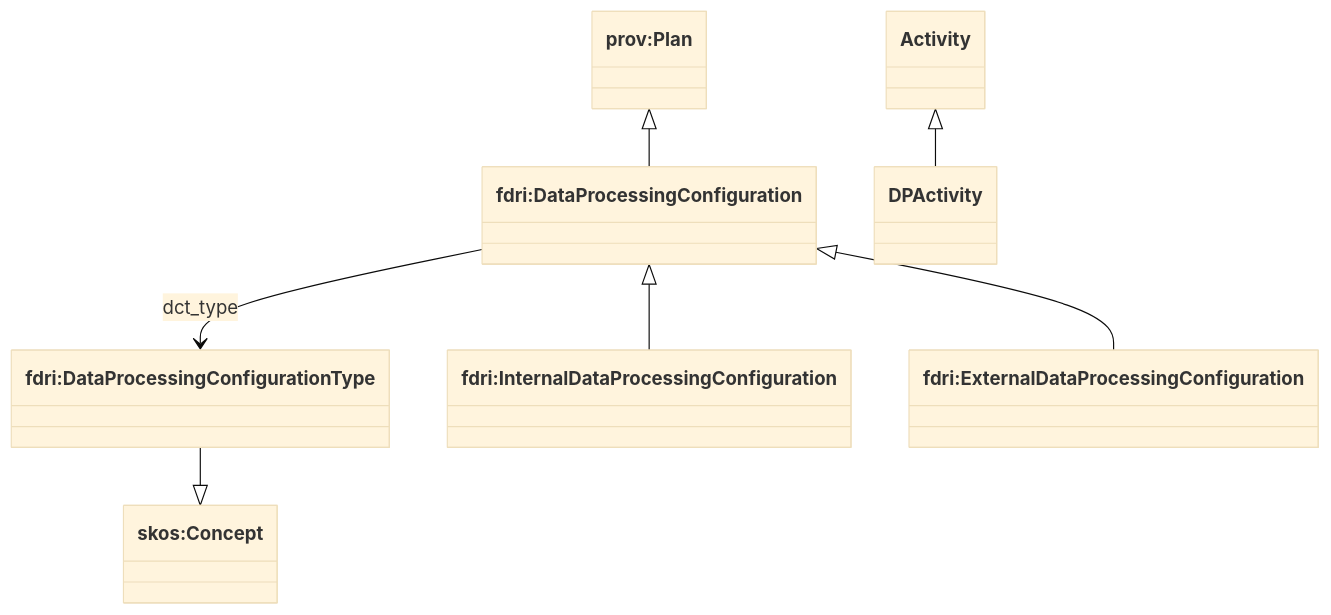
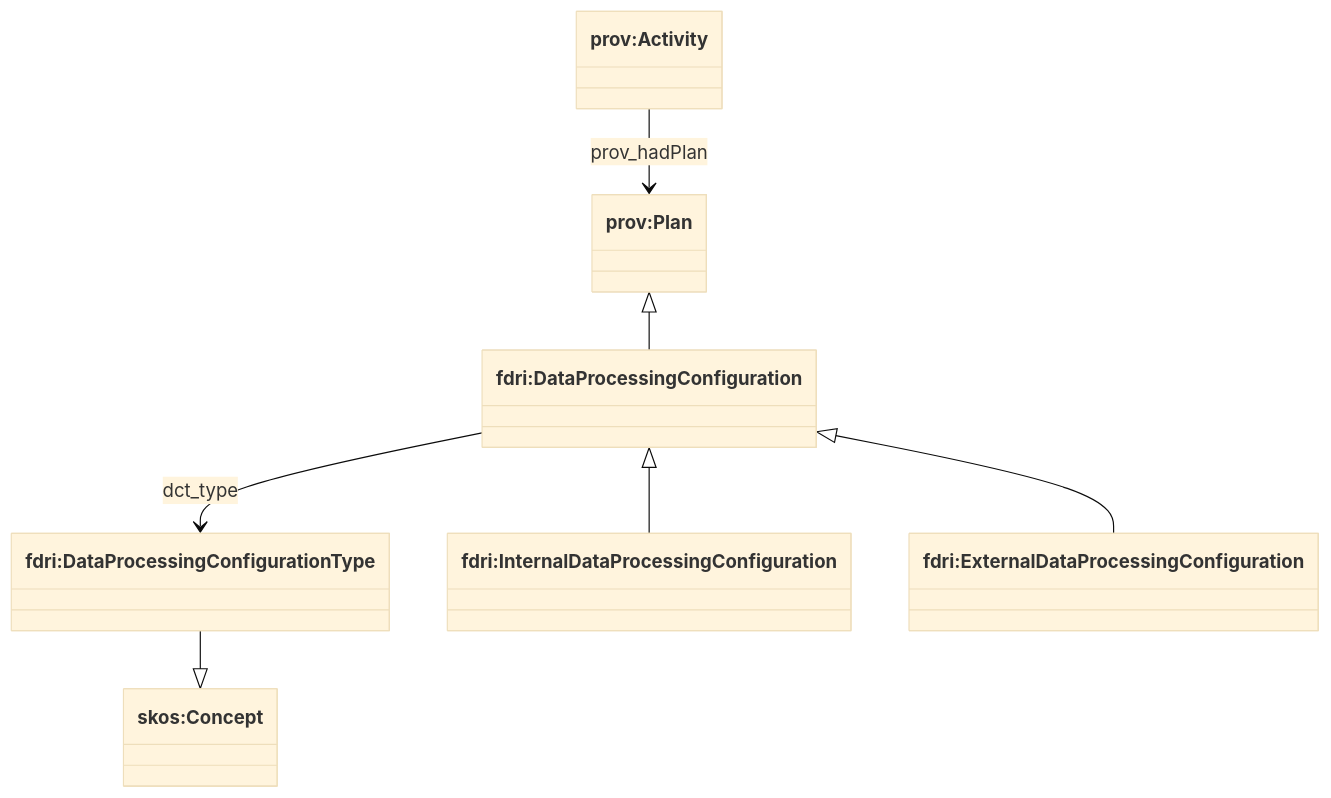
The first of 4 diagrams in doc/data-processing-configurations.md (NERC-CEH/fdri-ontology), drawn with Mermaid (base theme) before and after one commit. The commit also changed other lines of this file, not shown here.

````diff
--- a/doc/data-processing-configurations.md
+++ b/doc/data-processing-configurations.md
@@ -7,15 +7,16 @@
 ```mermaid
 classDiagram
   class Plan["prov:Plan"]
   class DPConfig["fdri:DataProcessingConfiguration"]
   class DPConfigType["fdri:DataProcessingConfigurationType"]
   class IntDPConfig["fdri:InternalDataProcessingConfiguration"]
   class ExtDPConfig["fdri:ExternalDataProcessingConfiguration"]
   class Concept["skos:Concept"]
-  Activity <|-- DPActivity
+  class Activity["prov:Activity"]
   Plan <|-- DPConfig
   DPConfig --> DPConfigType: dct_type
   DPConfig <|-- IntDPConfig
   DPConfig <|-- ExtDPConfig
   DPConfigType --|> Concept
+  Activity --> Plan: prov_hadPlan
 ```
````
